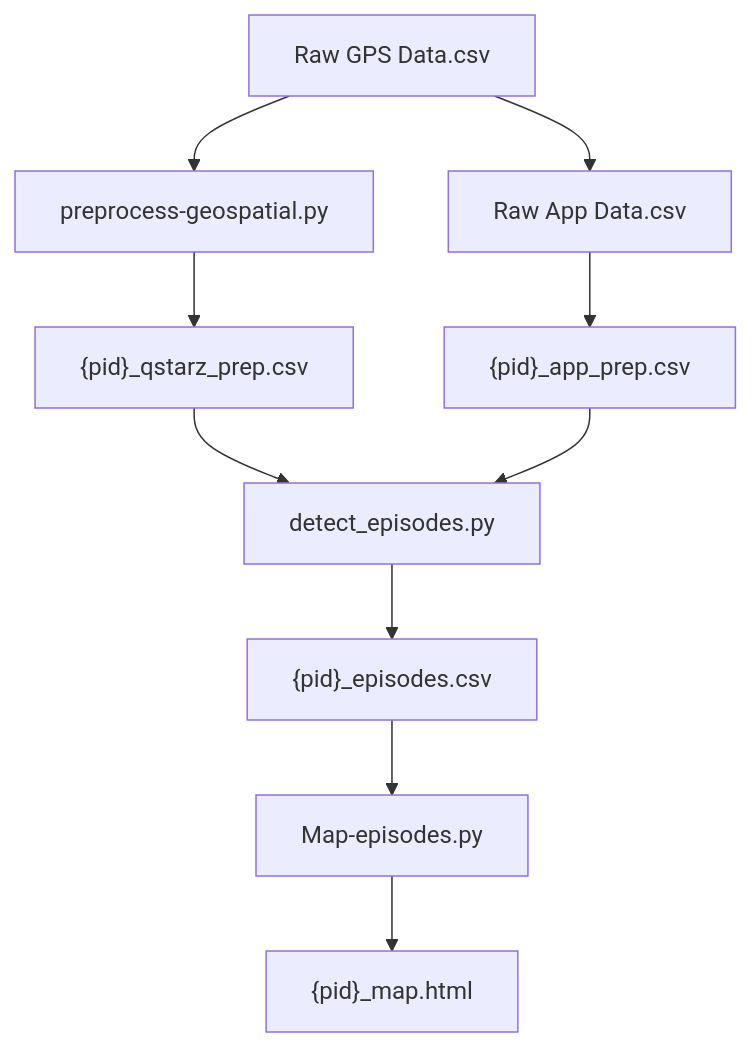
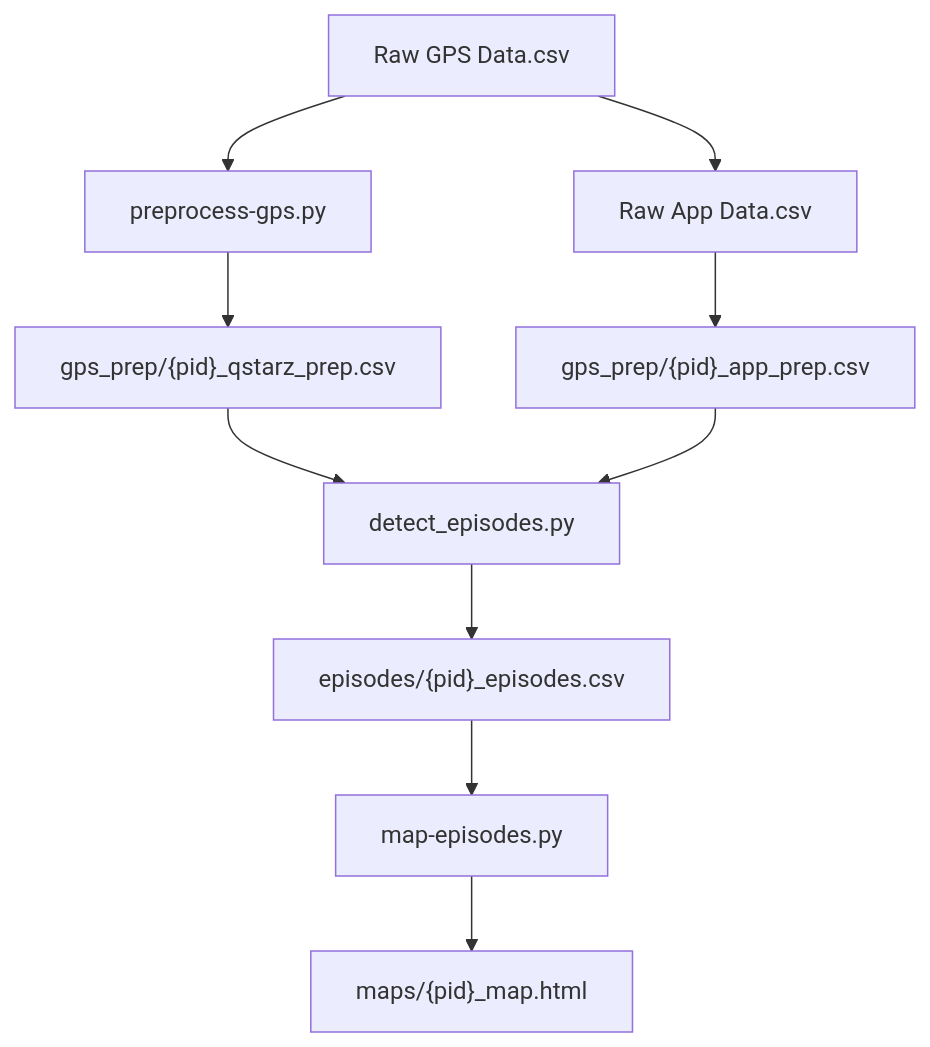
One commit to noamjgal/Surreal-Fragmentation changed the diagram in SURREAL/episode-preprocessing/README.md. Above: the diagram before and after it, drawn with Mermaid. The commit also changed other lines of this file, not shown here.

````diff
--- a/SURREAL/episode-preprocessing/README.md
+++ b/SURREAL/episode-preprocessing/README.md
@@ -5,12 +25,12 @@
 ```mermaid
 graph TD;
-    A[Raw GPS Data.csv] --> B[preprocess-geospatial.py]
+    A[Raw GPS Data.csv] --> B[preprocess-gps.py]
     A --> C[Raw App Data.csv]
-    B --> D["{pid}_qstarz_prep.csv"]
-    C --> E["{pid}_app_prep.csv"]
+    B --> D["gps_prep/{pid}_qstarz_prep.csv"]
+    C --> E["gps_prep/{pid}_app_prep.csv"]
     D --> F[detect_episodes.py]
     E --> F
-    F --> G["{pid}_episodes.csv"]
-    G --> H[Map-episodes.py]
-    H --> I["{pid}_map.html"]
+    F --> G["episodes/{pid}_episodes.csv"]
+    G --> H[map-episodes.py]
+    H --> I["maps/{pid}_map.html"]
 ```
````
